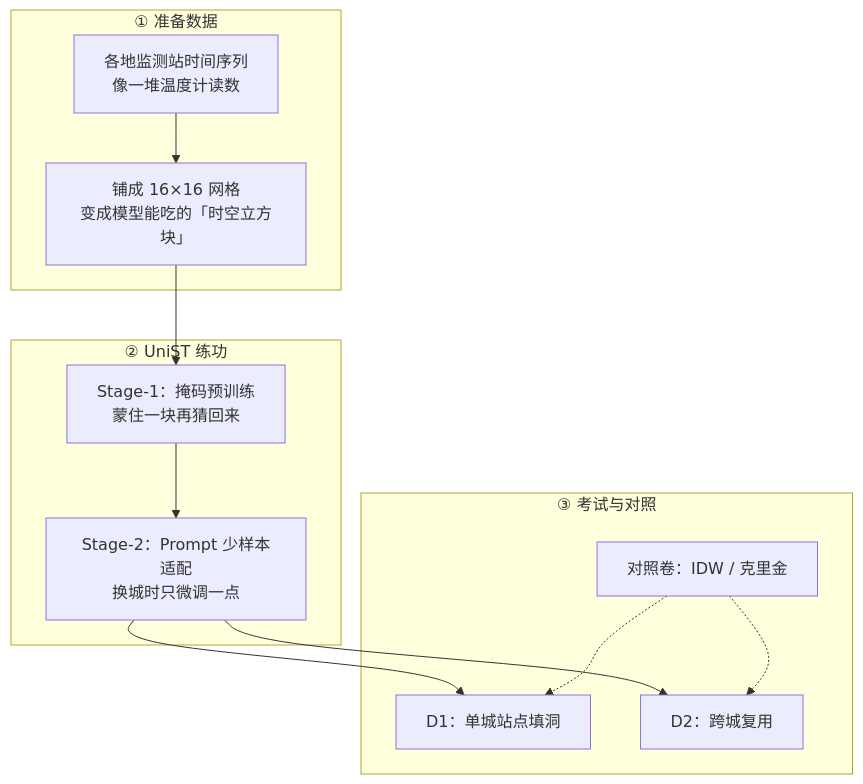
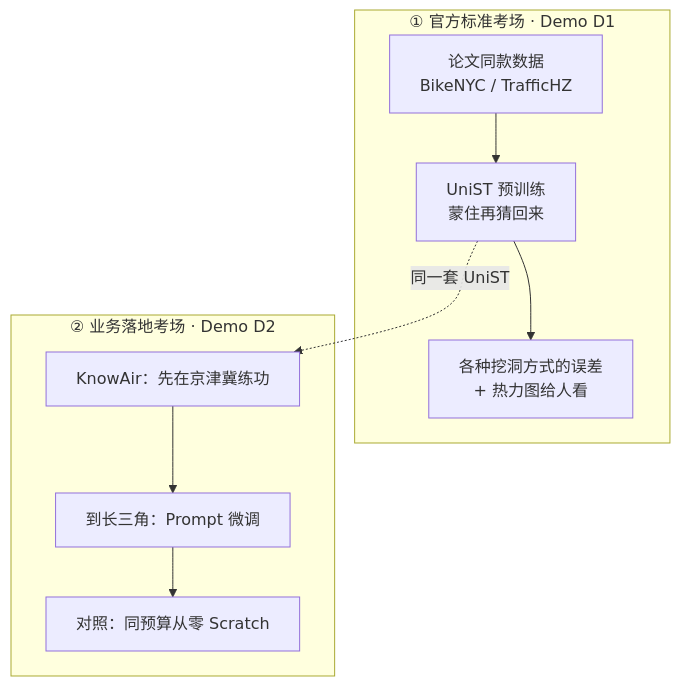
One commit to dxy123-dxy/EDA-Toolkit changed the first of 4 diagrams in docs/阶段2-技术演示文稿.md. Above: the diagram before and after it, drawn with Mermaid. The commit also changed other lines of this file and 11 other files, not shown here.

````diff
--- a/docs/阶段2-技术演示文稿.md
+++ b/docs/阶段2-技术演示文稿.md
@@ -79,26 +107,18 @@
 ```mermaid
 flowchart TB
-  subgraph Data["① 准备数据"]
-    KA["各地监测站时间序列<br/>像一堆温度计读数"]
-    G["铺成 16×16 网格<br/>变成模型能吃的「时空立方块」"]
-    KA --> G
+  subgraph Paper["① 官方标准考场 · Demo D1"]
+    DR["论文同款数据<br/>BikeNYC / TrafficHZ"]
+    S1["UniST 预训练<br/>蒙住再猜回来"]
+    M1["各种挖洞方式的误差<br/>+ 热力图给人看"]
+    DR --> S1 --> M1
   end
 
-  subgraph Model["② UniST 练功"]
-    S1["Stage-1：掩码预训练<br/>蒙住一块再猜回来"]
-    S2["Stage-2：Prompt 少样本适配<br/>换城时只微调一点"]
-    S1 --> S2
+  subgraph Biz["② 业务落地考场 · Demo D2"]
+    KA["KnowAir：先在京津冀练功"]
+    PT["到长三角：Prompt 微调"]
+    VS["对照：同预算从零 Scratch"]
+    KA --> PT --> VS
   end
 
-  subgraph Downstream["③ 考试与对照"]
-    D1["D1：单城站点填洞"]
-    D2["D2：跨城复用"]
-    BL["对照卷：IDW / 克里金"]
-  end
-
-  G --> S1
-  S2 --> D1
-  S2 --> D2
-  BL -.-> D1
-  BL -.-> D2
+  S1 -.->|"同一套 UniST"| KA
 ```
````
